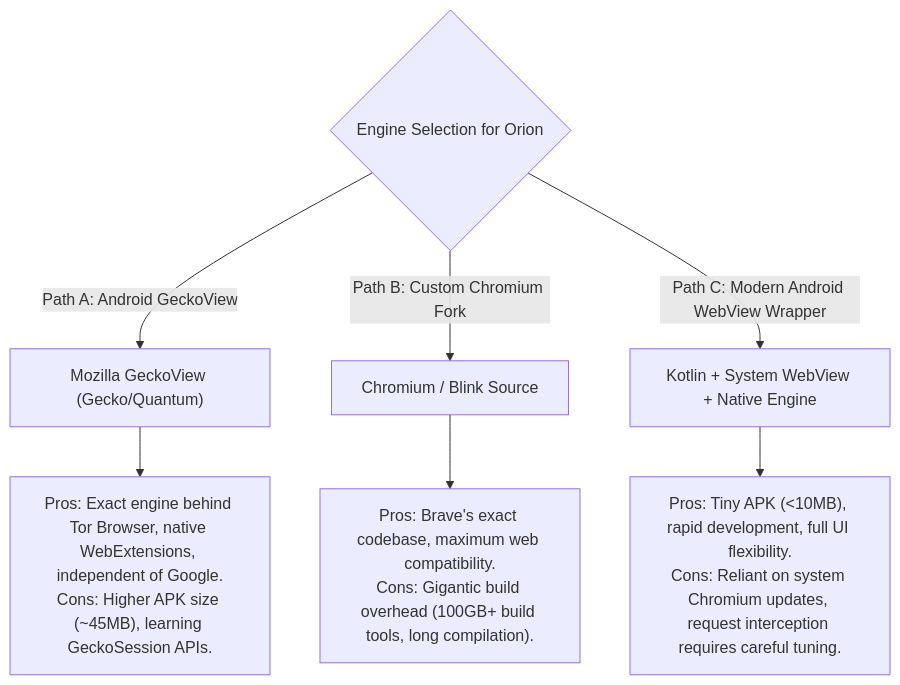
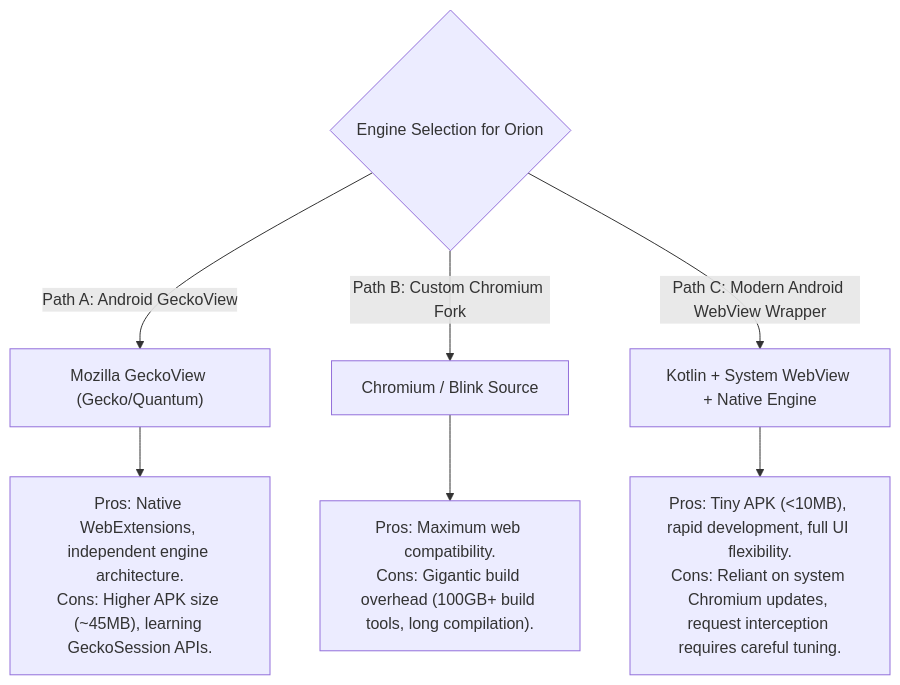
Before and after one commit to abhinavsanthoshpp/OrionBrowser: the first of 5 diagrams in docs/ARCHITECTURE.md, drawn with Mermaid. The commit also changed other lines of this file and 11 other files, not shown here.

````diff
--- a/docs/ARCHITECTURE.md
+++ b/docs/ARCHITECTURE.md
@@ -16,11 +16,11 @@
 ```mermaid
 flowchart TD
     Choice{"Engine Selection for Orion"}
     Choice -->|"Path A: Android GeckoView"| Gecko["Mozilla GeckoView (Gecko/Quantum)"]
     Choice -->|"Path B: Custom Chromium Fork"| Blink["Chromium / Blink Source"]
     Choice -->|"Path C: Modern Android WebView Wrapper"| WebView["Kotlin + System WebView + Native Engine"]
 
-    Gecko --> GeckoNotes["Pros: Exact engine behind Tor Browser, native WebExtensions, independent of Google.<br/>Cons: Higher APK size (~45MB), learning GeckoSession APIs."]
-    Blink --> BlinkNotes["Pros: Brave's exact codebase, maximum web compatibility.<br/>Cons: Gigantic build overhead (100GB+ build tools, long compilation)."]
+    Gecko --> GeckoNotes["Pros: Native WebExtensions, independent engine architecture.<br/>Cons: Higher APK size (~45MB), learning GeckoSession APIs."]
+    Blink --> BlinkNotes["Pros: Maximum web compatibility.<br/>Cons: Gigantic build overhead (100GB+ build tools, long compilation)."]
     WebView --> WebNotes["Pros: Tiny APK (<10MB), rapid development, full UI flexibility.<br/>Cons: Reliant on system Chromium updates, request interception requires careful tuning."]
 ```
````
